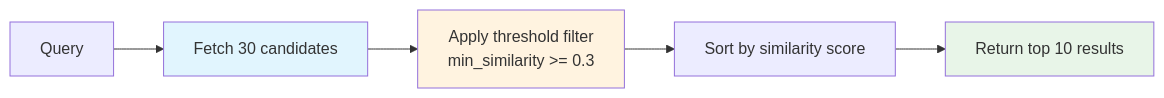
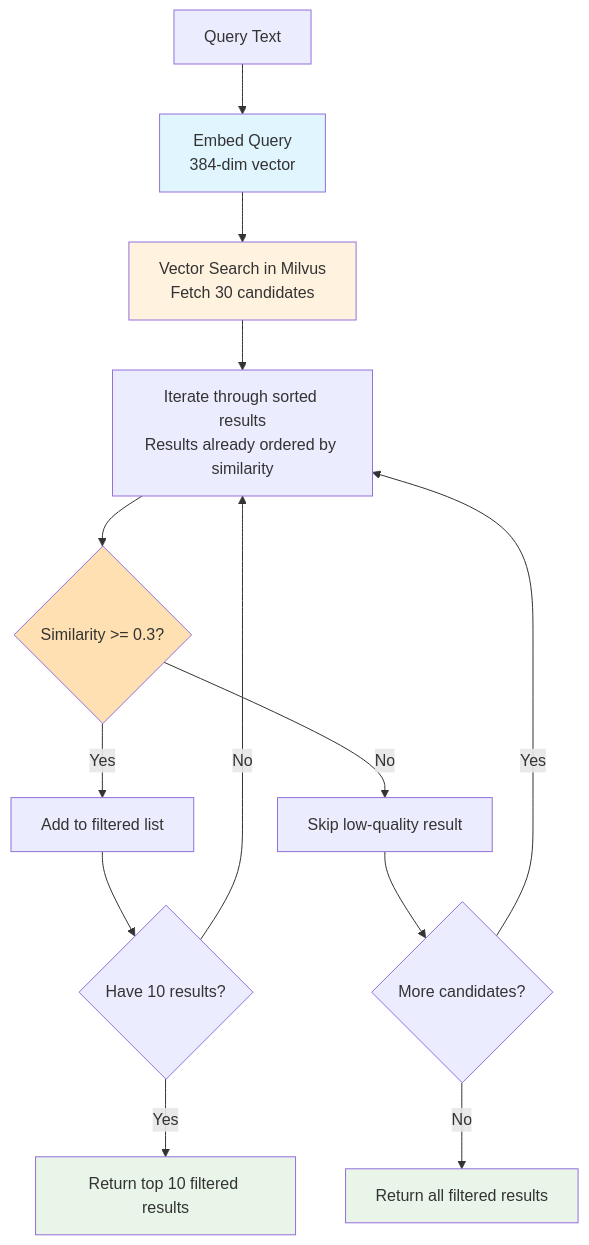
One commit to chintamanil/cybershield changed the second of 2 diagrams in docs/evaluation.md. Above: the diagram before and after it, drawn with Mermaid. The commit also changed other lines of this file, not shown here.

````diff
--- a/docs/evaluation.md
+++ b/docs/evaluation.md
@@ -316,11 +343,21 @@
 ```mermaid
-graph LR
-    Q[Query] --> F[Fetch 30 candidates]
-    F --> T[Apply threshold filter<br/>min_similarity >= 0.3]
-    T --> S[Sort by similarity score]
-    S --> R[Return top 10 results]
+graph TB
+    Q[Query Text] --> E[Embed Query<br/>384-dim vector]
+    E --> V[Vector Search in Milvus<br/>Fetch 30 candidates]
+    V --> I[Iterate through sorted results<br/>Results already ordered by similarity]
+    I --> F{Similarity >= 0.3?}
+    F -->|Yes| A[Add to filtered list]
+    F -->|No| S[Skip low-quality result]
+    A --> C{Have 10 results?}
+    C -->|No| I
+    C -->|Yes| R[Return top 10 filtered results]
+    S --> C2{More candidates?}
+    C2 -->|Yes| I
+    C2 -->|No| R2[Return all filtered results]
 
-    style F fill:#e1f5fe
-    style T fill:#fff3e0
+    style E fill:#e1f5fe
+    style V fill:#fff3e0
+    style F fill:#ffe0b2
     style R fill:#e8f5e8
+    style R2 fill:#e8f5e8
 ```
````
